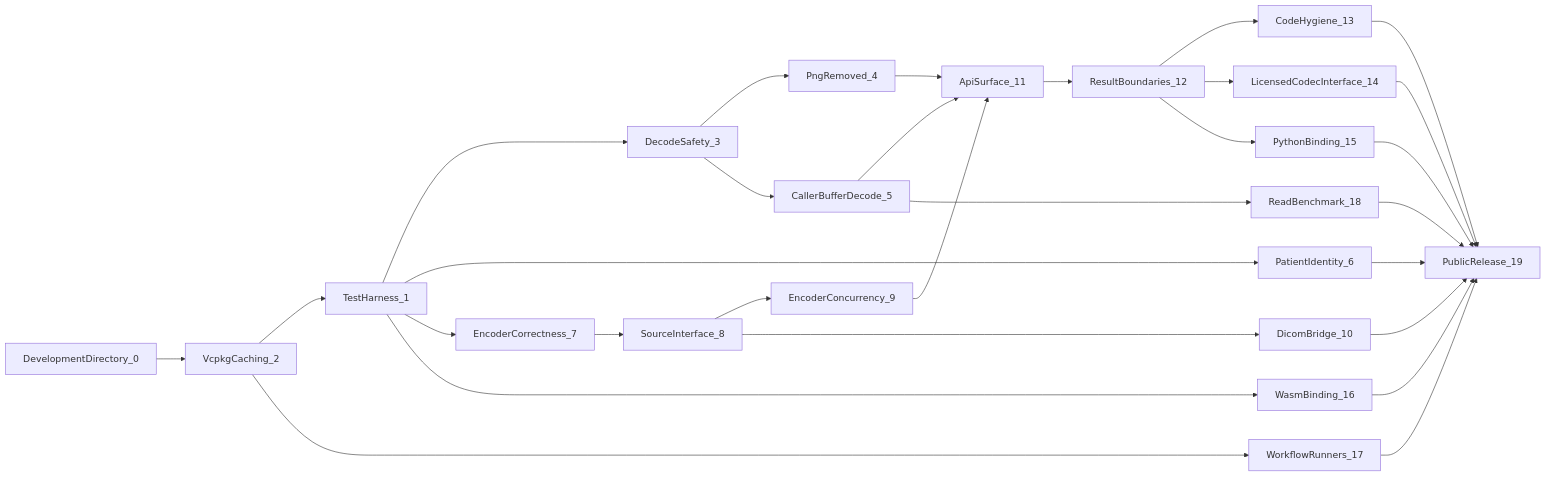
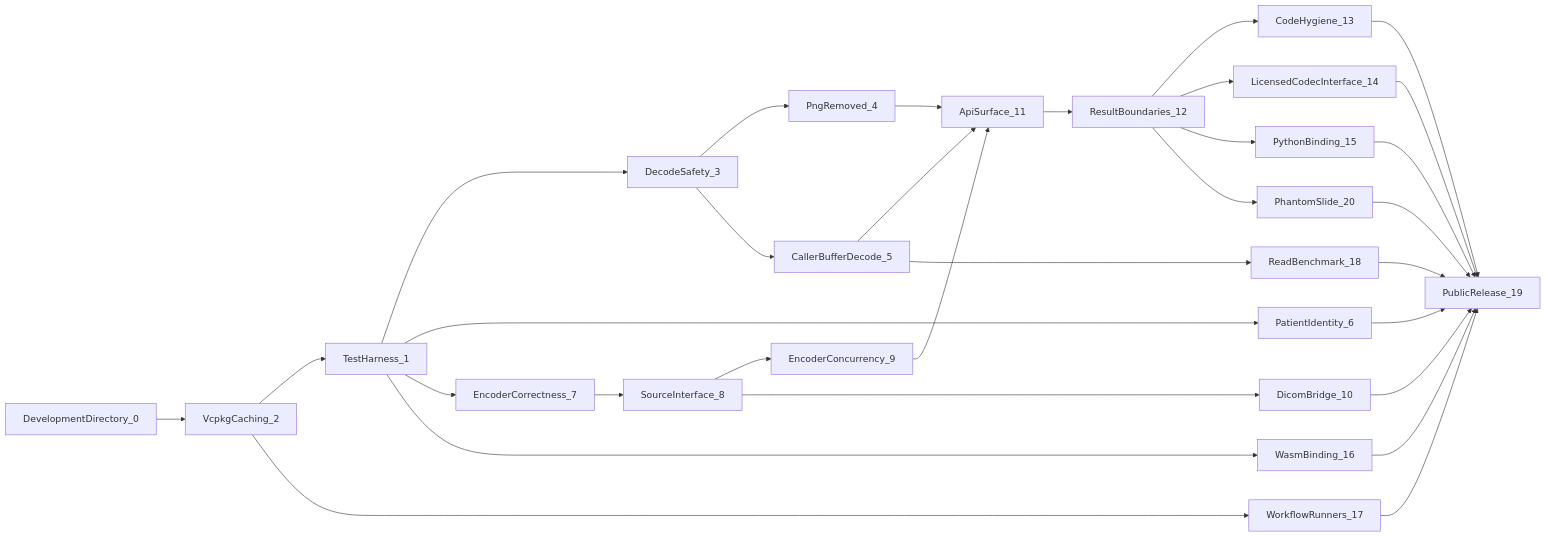
Before and after one commit to Aptix-Bio/Iris-Slide: the diagram in development/WBS.md, drawn with Mermaid. The commit also changed other lines of this file and 2 other files, not shown here.

First line of the commit message:
PhantomSlide_20 planned: a remote slide read through the caller's transport (D13)

````diff
--- a/development/WBS.md
+++ b/development/WBS.md
@@ -61,31 +61,33 @@
 ```mermaid
 flowchart LR
     S0["DevelopmentDirectory_0"] --> S2["VcpkgCaching_2"]
     S2 --> S1["TestHarness_1"]
     S1 --> S3["DecodeSafety_3"]
     S3 --> S4["PngRemoved_4"]
     S3 --> S5["CallerBufferDecode_5"]
     S1 --> S6["PatientIdentity_6"]
     S1 --> S7["EncoderCorrectness_7"]
     S7 --> S8["SourceInterface_8"]
     S8 --> S9["EncoderConcurrency_9"]
     S8 --> S10["DicomBridge_10"]
     S4 --> S11["ApiSurface_11"]
     S5 --> S11
     S9 --> S11
     S11 --> S12["ResultBoundaries_12"]
     S12 --> S13["CodeHygiene_13"]
     S12 --> S14["LicensedCodecInterface_14"]
     S12 --> S15["PythonBinding_15"]
     S1 --> S16["WasmBinding_16"]
     S2 --> S17["WorkflowRunners_17"]
     S5 --> S18["ReadBenchmark_18"]
     S6 --> S19["PublicRelease_19"]
     S10 --> S19
     S13 --> S19
     S14 --> S19
     S15 --> S19
     S16 --> S19
     S17 --> S19
     S18 --> S19
+    S12 --> S20["PhantomSlide_20"]
+    S20 --> S19
 ```
````
